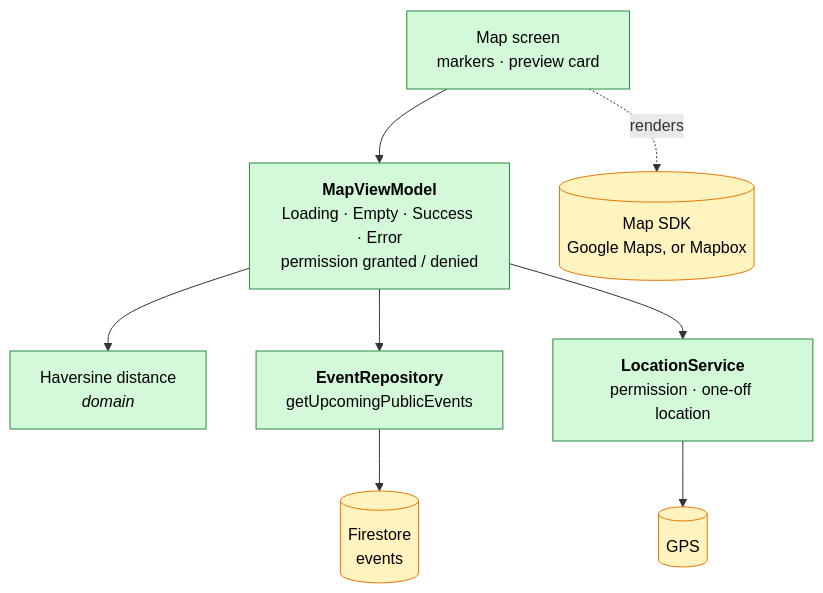
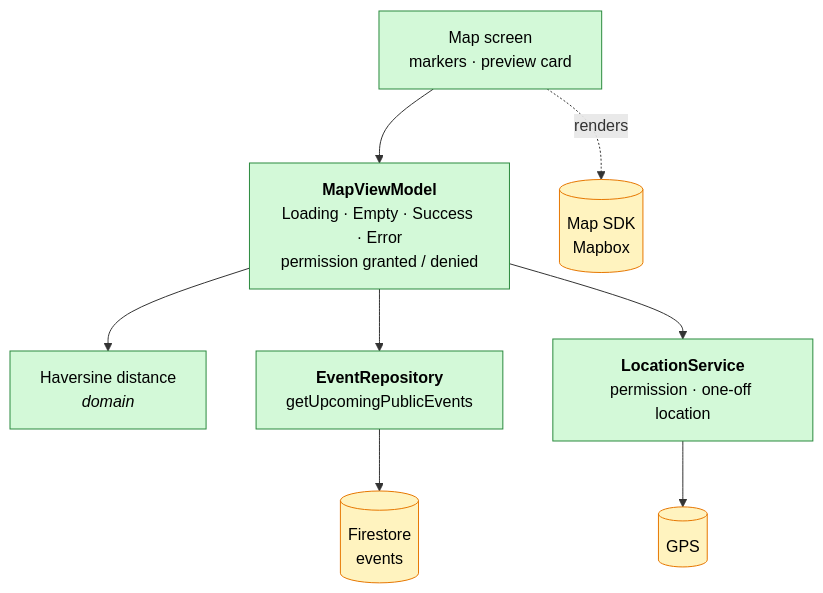
One commit to swent-polysocial/PolySocial changed the fourth of 11 diagrams in docs/Architecture-Diagram.md. Above: the diagram before and after it, drawn with Mermaid. The commit also changed other lines of this file and 17 other files, not shown here.

First line of the commit message:
feat(map): render public events with Mapbox

````diff
--- a/docs/Architecture-Diagram.md
+++ b/docs/Architecture-Diagram.md
@@ -134,13 +134,13 @@
 ```mermaid
 flowchart TB
   classDef s1 fill:#d3f9d8,stroke:#2b8a3e,color:#000
   classDef ext fill:#fff3bf,stroke:#e67700,color:#000
 
   mapS["Map screen<br/>markers · preview card"]:::s1 --> mapVM["<b>MapViewModel</b><br/>Loading · Empty · Success · Error<br/>permission granted / denied"]:::s1
-  mapS -. renders .-> maps[("Map SDK<br/>Google Maps, or Mapbox")]:::ext
+  mapS -. renders .-> maps[("Map SDK<br/>Mapbox")]:::ext
   mapVM --> dist["Haversine distance<br/><i>domain</i>"]:::s1
   mapVM --> ev["<b>EventRepository</b><br/>getUpcomingPublicEvents"]:::s1
   mapVM --> loc["<b>LocationService</b><br/>permission · one-off location"]:::s1
   ev --> fs[("Firestore<br/>events")]:::ext
   loc --> gps[("GPS")]:::ext
 ```
````
